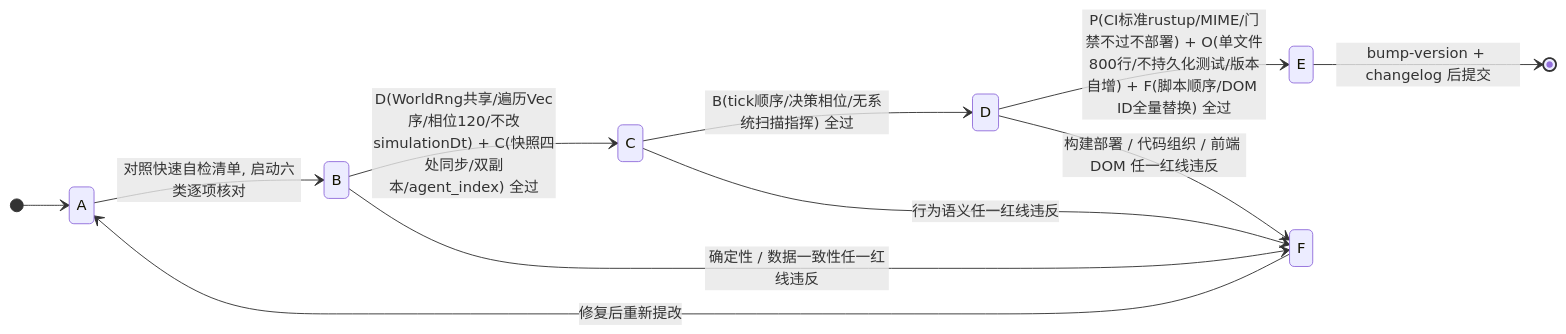
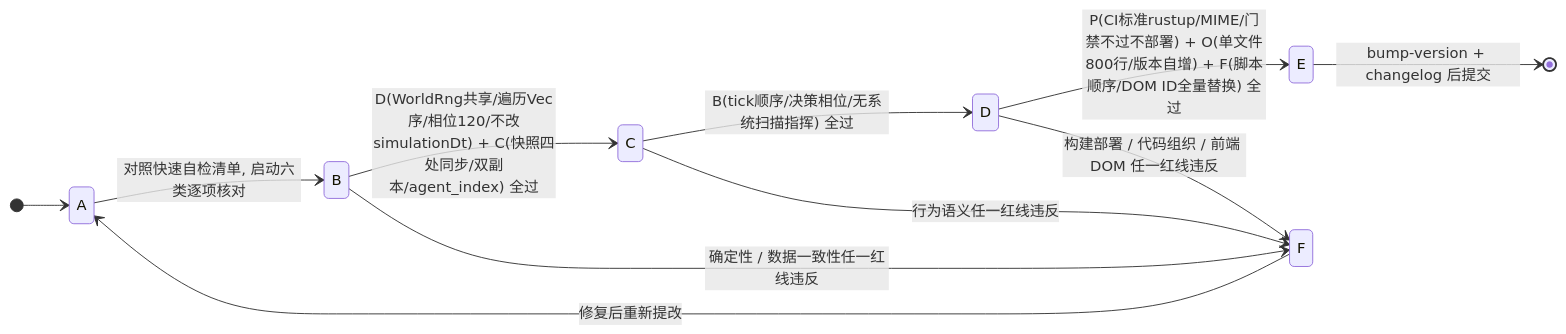
Before and after one commit to g39088902/FlowAndAccord: the diagram in docs/current/tech/28-invariants.md, drawn with Mermaid. The commit also changed other lines of this file and 18 other files, not shown here.

````diff
--- a/docs/current/tech/28-invariants.md
+++ b/docs/current/tech/28-invariants.md
@@ -15,14 +15,14 @@
 ```mermaid
 stateDiagram-v2
     direction LR
     [*] --> A
     A --> B : 对照快速自检清单, 启动六类逐项核对
     B --> C : D(WorldRng共享/遍历Vec序/相位120/不改simulationDt) + C(快照四处同步/双副本/agent_index) 全过
     C --> D : B(tick顺序/决策相位/无系统扫描指挥) 全过
-    D --> E : P(CI标准rustup/MIME/门禁不过不部署) + O(单文件800行/不持久化测试/版本自增) + F(脚本顺序/DOM ID全量替换) 全过
+    D --> E : P(CI标准rustup/MIME/门禁不过不部署) + O(单文件800行/版本自增) + F(脚本顺序/DOM ID全量替换) 全过
     E --> [*] : bump-version + changelog 后提交
     B --> F : 确定性 / 数据一致性任一红线违反
     C --> F : 行为语义任一红线违反
     D --> F : 构建部署 / 代码组织 / 前端 DOM 任一红线违反
     F --> A : 修复后重新提改
 ```
````
